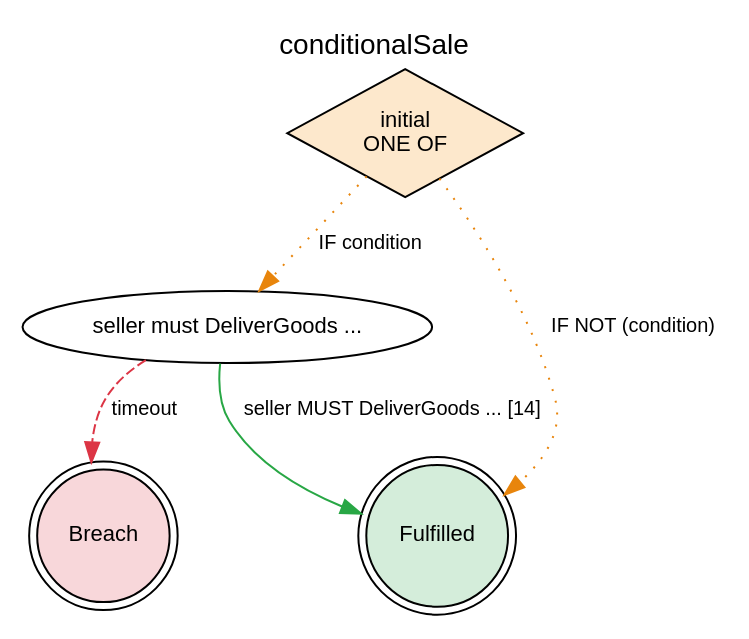
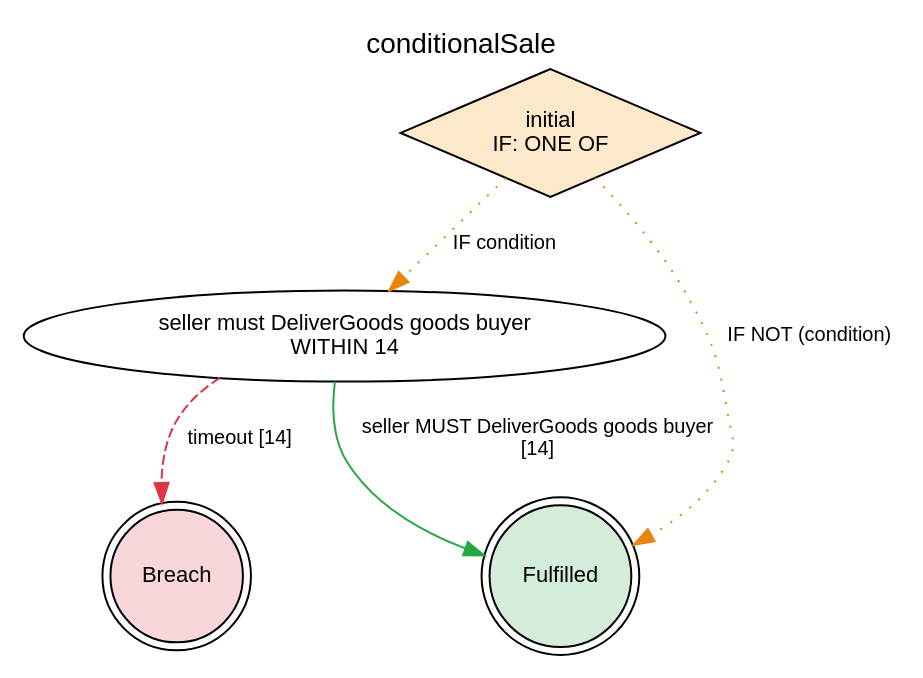
The diagram in jl4/examples/state-graphs/conditionalSale.dot (legalese/l4-ide), drawn with Graphviz before and after one commit. The commit also changed 93 other files, not shown here.

```diff
--- a/jl4/examples/state-graphs/conditionalSale.dot
+++ b/jl4/examples/state-graphs/conditionalSale.dot
@@ -1,43 +1,43 @@
 digraph {
     graph [rankdir=TB
           ,label=conditionalSale
           ,labelloc=t
           ,fontname=Helvetica
           ,fontsize=14];
     node [fontname=Helvetica
          ,fontsize=11];
     edge [fontname=Helvetica
          ,fontsize=10];
-    0 [label="initial\nONE OF"
+    0 [label="initial\nIF: ONE OF"
       ,fillcolor=white
       ,style=filled
       ,shape=diamond
       ,fillcolor="#fde8cc"];
-    1 [label="seller must DeliverGoods ..."
+    1 [label="seller must DeliverGoods goods buyer\nWITHIN 14"
       ,fillcolor=white
       ,style=filled
       ,shape=ellipse
       ,fillcolor="#ffffff"];
     2 [label=Fulfilled
       ,fillcolor=white
       ,style=filled
       ,shape=doublecircle
       ,fillcolor="#d4edda"];
     3 [label=Breach
       ,fillcolor=white
       ,style=filled
       ,shape=doublecircle
       ,fillcolor="#f8d7da"];
-    0 -> 1 [label=" IF condition"
+    0 -> 1 [label="IF condition"
            ,color="#e8850c"
            ,style=dotted];
-    0 -> 2 [label=" IF NOT (condition)"
+    0 -> 2 [label="IF NOT (condition)"
            ,color="#e8850c"
            ,style=dotted];
-    1 -> 2 [label="seller MUST DeliverGoods ... [14]"
+    1 -> 2 [label="seller MUST DeliverGoods goods buyer\n[14]"
            ,color="#28a745"
            ,style=solid];
-    1 -> 3 [label=timeout
+    1 -> 3 [label="timeout [14]"
            ,color="#dc3545"
            ,style=dashed];
 }
```
